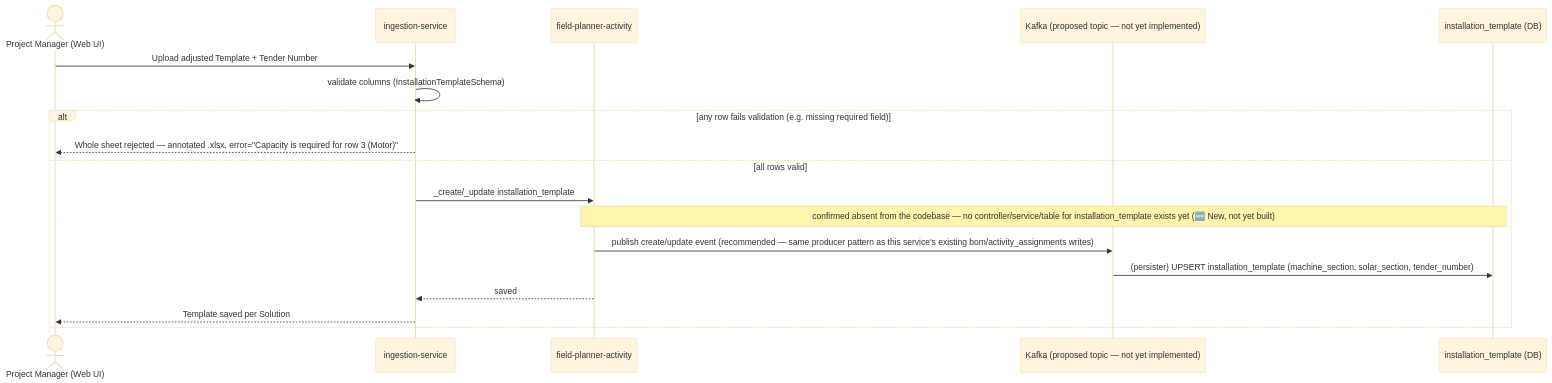
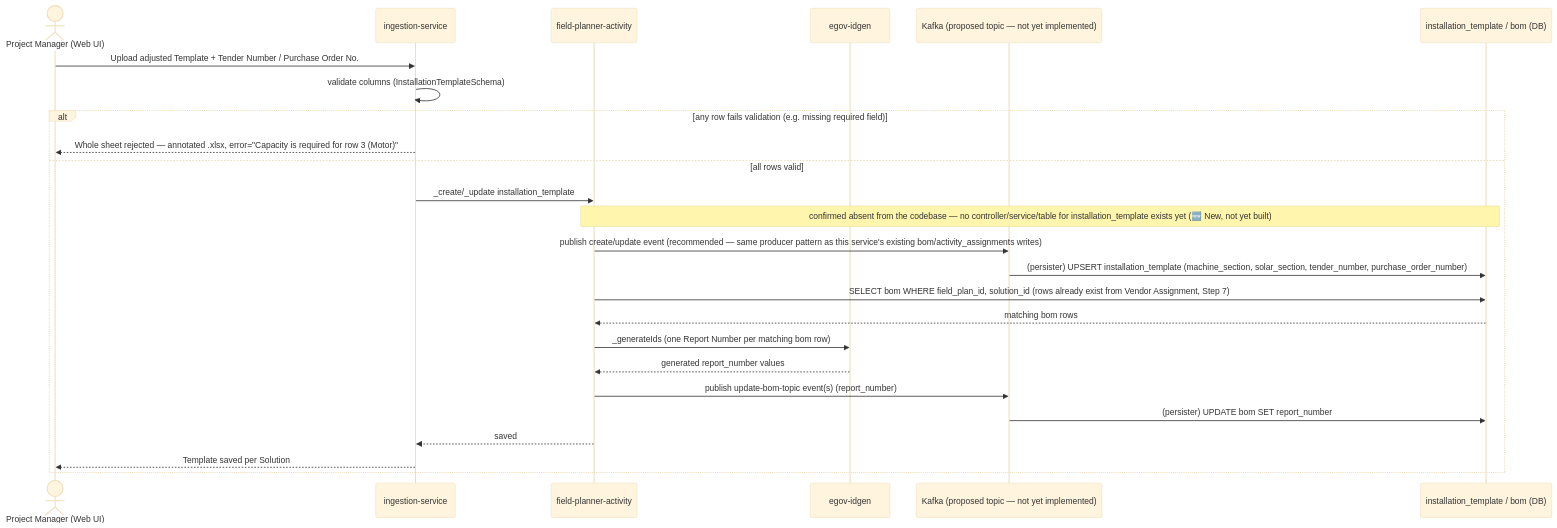
The ninth of 33 diagrams in Z_docs/Livelihood_installation/Livelihood_Installation_Flow_Diagrams.md (Selco-Foundation/Selco-Livelihood), drawn with Mermaid (base theme) before and after one commit. The commit also changed other lines of this file and 3 other files, not shown here.

````diff
--- a/Z_docs/Livelihood_installation/Livelihood_Installation_Flow_Diagrams.md
+++ b/Z_docs/Livelihood_installation/Livelihood_Installation_Flow_Diagrams.md
@@ -639,21 +617,28 @@
 ```mermaid
 sequenceDiagram
     actor PM as Project Manager (Web UI)
     participant ING as ingestion-service
     participant FPA as field-planner-activity
+    participant IDGEN as egov-idgen
     participant KAFKA as Kafka (proposed topic — not yet implemented)
-    participant DB as installation_template (DB)
+    participant DB as installation_template / bom (DB)
 
-    PM->>ING: Upload adjusted Template + Tender Number
+    PM->>ING: Upload adjusted Template + Tender Number / Purchase Order No.
     ING->>ING: validate columns (InstallationTemplateSchema)
     alt any row fails validation (e.g. missing required field)
         ING-->>PM: Whole sheet rejected — annotated .xlsx, error="Capacity is required for row 3 (Motor)"
     else all rows valid
         ING->>FPA: _create/_update installation_template
         Note over FPA,DB: confirmed absent from the codebase — no controller/service/table for installation_template exists yet (🆕 New, not yet built)
         FPA->>KAFKA: publish create/update event (recommended — same producer pattern as this service's existing bom/activity_assignments writes)
-        KAFKA->>DB: (persister) UPSERT installation_template (machine_section, solar_section, tender_number)
+        KAFKA->>DB: (persister) UPSERT installation_template (machine_section, solar_section, tender_number, purchase_order_number)
+        FPA->>DB: SELECT bom WHERE field_plan_id, solution_id (rows already exist from Vendor Assignment, Step 7)
+        DB-->>FPA: matching bom rows
+        FPA->>IDGEN: _generateIds (one Report Number per matching bom row)
+        IDGEN-->>FPA: generated report_number values
+        FPA->>KAFKA: publish update-bom-topic event(s) (report_number)
+        KAFKA->>DB: (persister) UPDATE bom SET report_number
         FPA-->>ING: saved
         ING-->>PM: Template saved per Solution
     end
 ```
````
